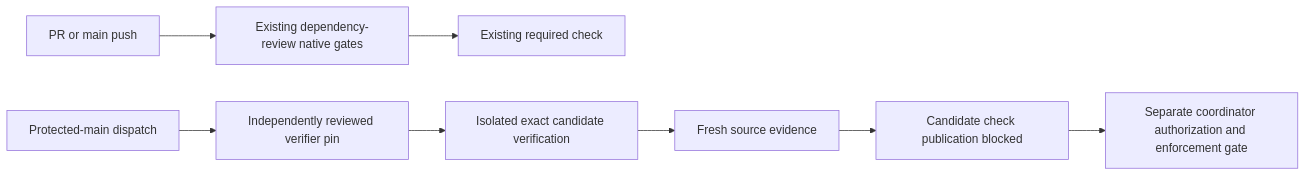
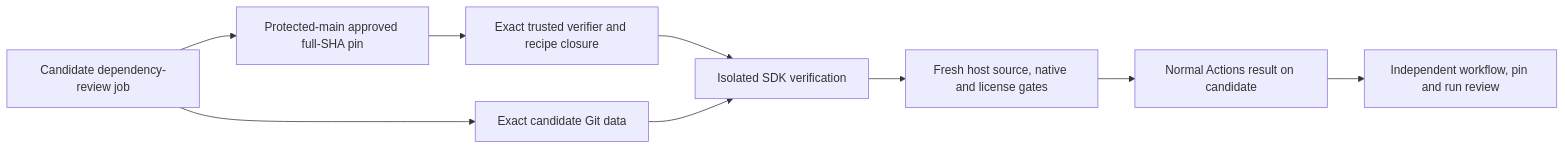
The diagram in docs/testing/canonical-sdk-category-verification-20261009.md (AsoraKK/Lythaus), drawn with Mermaid before and after one commit. The commit also changed other lines of this file and 6 other files, not shown here.

Commit message:
Bind reviewed SDK verification to candidate checks and recover creation races

````diff
--- a/docs/testing/canonical-sdk-category-verification-20261009.md
+++ b/docs/testing/canonical-sdk-category-verification-20261009.md
@@ -55,10 +54,11 @@
 ```mermaid
 flowchart LR
-  PR[PR or main push] --> N[Existing dependency-review native gates]
-  N --> C[Existing required check]
-  M[Protected-main dispatch] --> P[Independently reviewed verifier pin]
-  P --> I[Isolated exact candidate verification]
-  I --> E[Fresh source evidence]
-  E --> B[Candidate check publication blocked]
-  B --> O[Separate coordinator authorization and enforcement gate]
+  C[Candidate dependency-review job] --> P[Protected-main approved full-SHA pin]
+  P --> V[Exact trusted verifier and recipe closure]
+  C --> D[Exact candidate Git data]
+  V --> I[Isolated SDK verification]
+  D --> I
+  I --> G[Fresh host source, native and license gates]
+  G --> A[Normal Actions result on candidate]
+  A --> R[Independent workflow, pin and run review]
 ```
````
